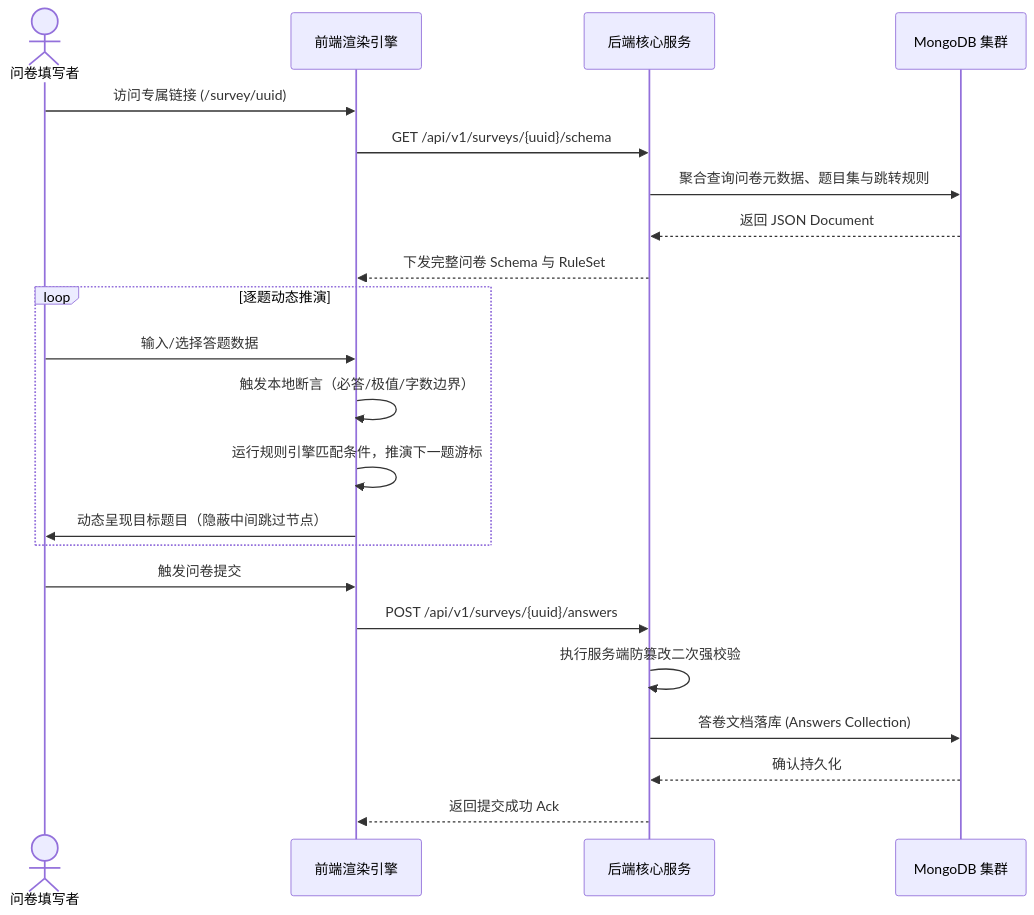
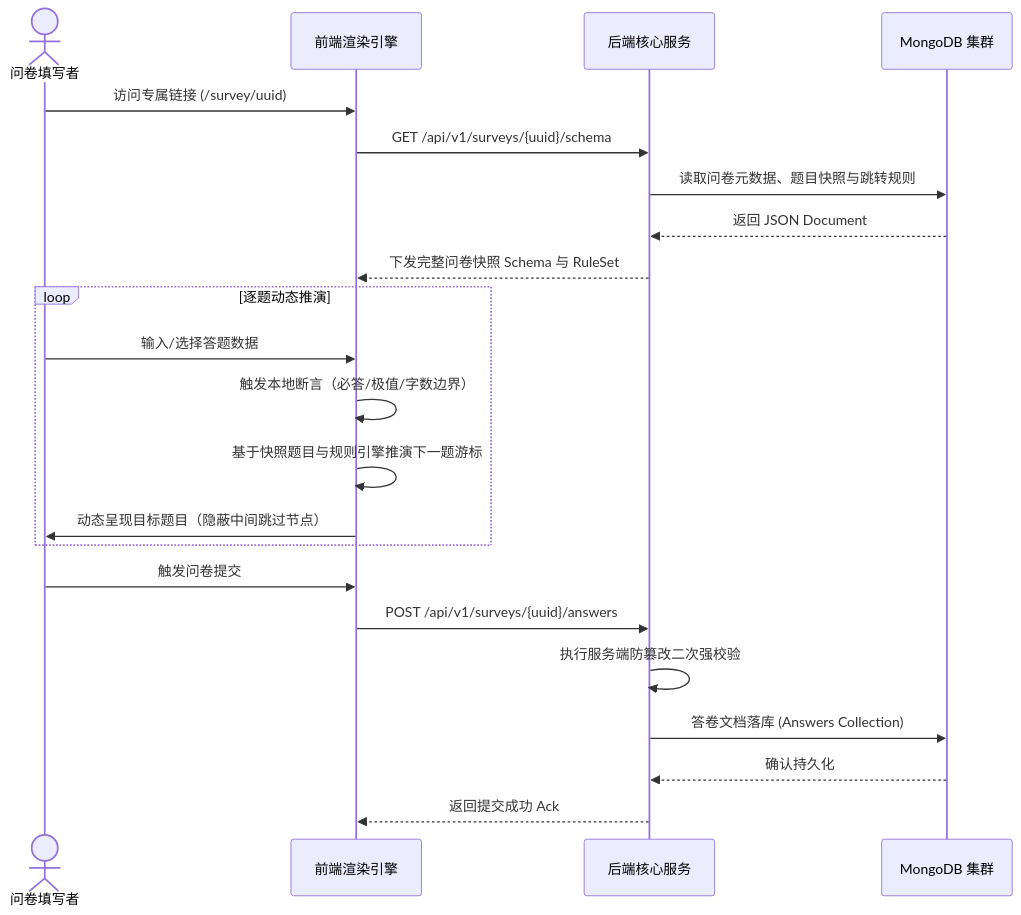
One commit to 4bqwq/fastapi-mongo-survey changed the third of 6 diagrams in doc/02-architecture.md. Above: the diagram before and after it, drawn with Mermaid. The commit also changed other lines of this file and 19 other files, not shown here.

````diff
--- a/doc/02-architecture.md
+++ b/doc/02-architecture.md
@@ -75,27 +81,27 @@
 ```mermaid
 sequenceDiagram
     actor User as 问卷填写者
     participant UI as 前端渲染引擎
     participant API as 后端核心服务
     participant DB as MongoDB 集群
 
     User->>UI: 访问专属链接 (/survey/uuid)
     UI->>API: GET /api/v1/surveys/{uuid}/schema
-    API->>DB: 聚合查询问卷元数据、题目集与跳转规则
+    API->>DB: 读取问卷元数据、题目快照与跳转规则
     DB-->>API: 返回 JSON Document
-    API-->>UI: 下发完整问卷 Schema 与 RuleSet
+    API-->>UI: 下发完整问卷快照 Schema 与 RuleSet
     
     loop 逐题动态推演
         User->>UI: 输入/选择答题数据
         UI->>UI: 触发本地断言（必答/极值/字数边界）
-        UI->>UI: 运行规则引擎匹配条件，推演下一题游标
+        UI->>UI: 基于快照题目与规则引擎推演下一题游标
         UI->>User: 动态呈现目标题目（隐蔽中间跳过节点）
     end
     
     User->>UI: 触发问卷提交
     UI->>API: POST /api/v1/surveys/{uuid}/answers
     API->>API: 执行服务端防篡改二次强校验
     API->>DB: 答卷文档落库 (Answers Collection)
     DB-->>API: 确认持久化
     API-->>UI: 返回提交成功 Ack
 ```
````
